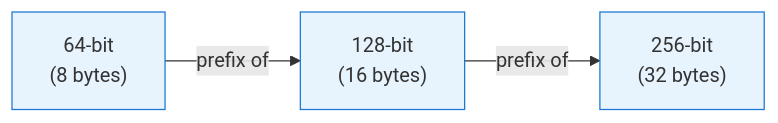
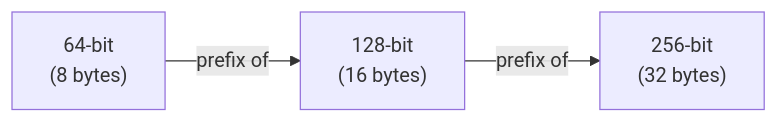
Before and after one commit to iscc/iscc-usearch: the diagram in docs/tutorials/variable-length.md, drawn with Mermaid. The commit also changed 3 other files, not shown here.

First line of the commit message:
docs: remove inline color styles from Mermaid diagrams

````diff
--- a/docs/tutorials/variable-length.md
+++ b/docs/tutorials/variable-length.md
@@ -17,8 +17,5 @@
 ```mermaid
 graph LR
     A["64-bit<br/>(8 bytes)"] -->|prefix of| B["128-bit<br/>(16 bytes)"]
     B -->|prefix of| C["256-bit<br/>(32 bytes)"]
-    style A fill:#e8f4fd,stroke:#1976d2
-    style B fill:#e8f4fd,stroke:#1976d2
-    style C fill:#e8f4fd,stroke:#1976d2
 ```
````
